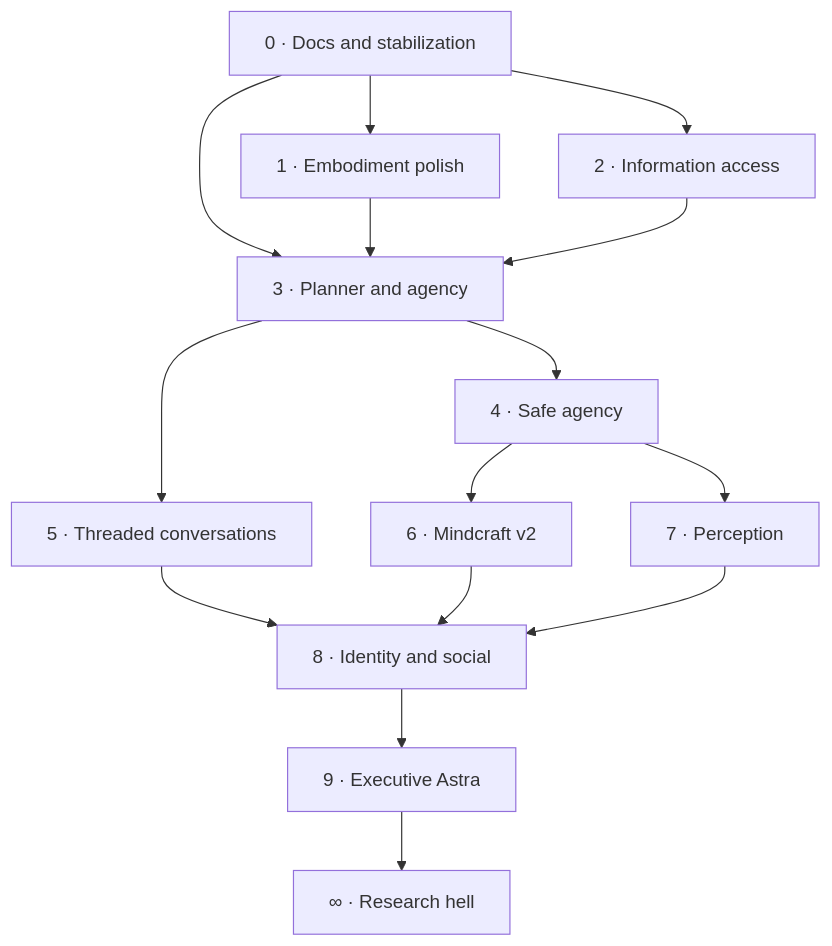
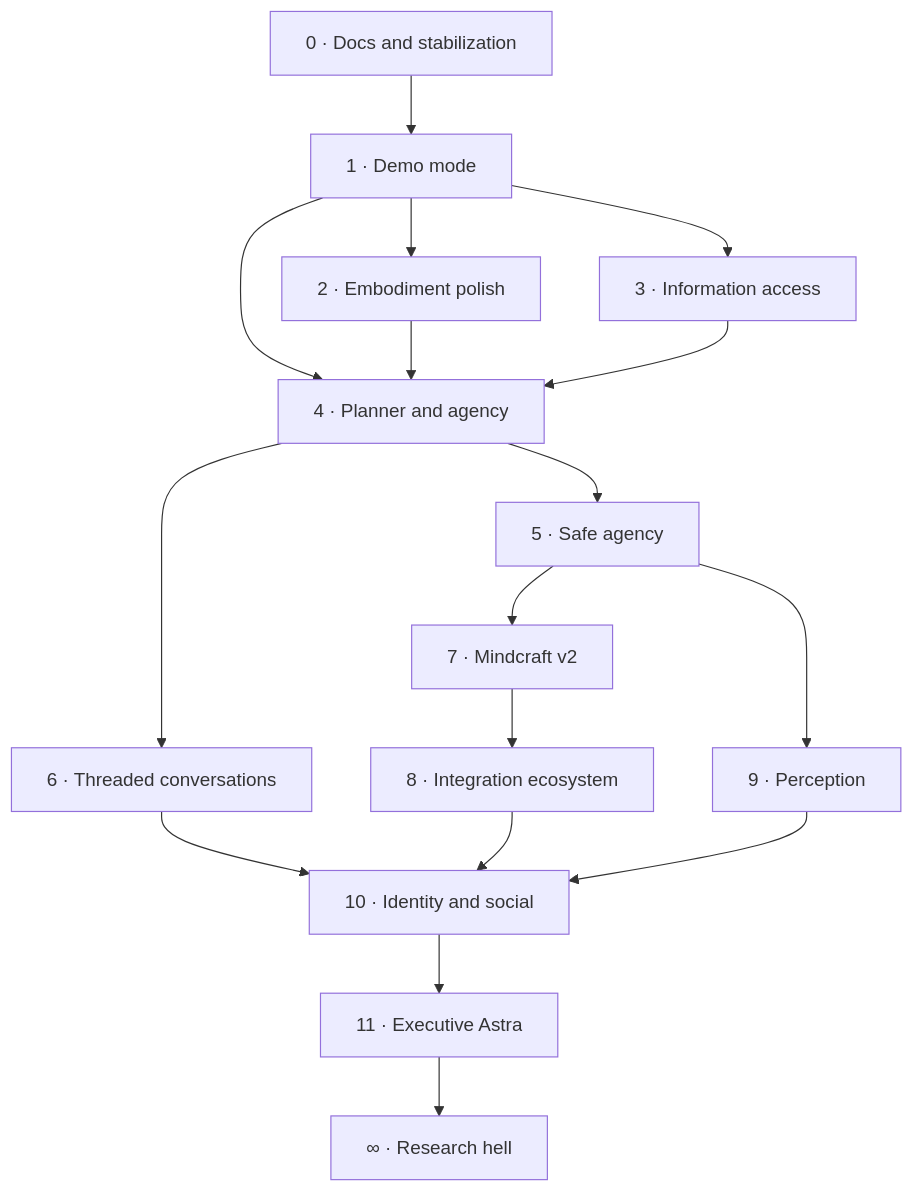
The first of 2 diagrams in docs/roadmap.md (danielmarek22/local_ai_assistant), drawn with Mermaid before and after one commit. The commit also changed other lines of this file and 6 other files, not shown here.

Commit message:
Extend the roadmap; Fix session IDs validation

````diff
--- a/docs/roadmap.md
+++ b/docs/roadmap.md
@@ -10,28 +10,32 @@
 ```mermaid
 flowchart TD
     M0[0 · Docs and stabilization]
-    M1[1 · Embodiment polish]
-    M2[2 · Information access]
-    M3[3 · Planner and agency]
-    M4[4 · Safe agency]
-    M5[5 · Threaded conversations]
-    M6[6 · Mindcraft v2]
-    M7[7 · Perception]
-    M8[8 · Identity and social]
-    M9[9 · Executive Astra]
+    M1[1 · Demo mode]
+    M2[2 · Embodiment polish]
+    M3[3 · Information access]
+    M4[4 · Planner and agency]
+    M5[5 · Safe agency]
+    M6[6 · Threaded conversations]
+    M7[7 · Mindcraft v2]
+    M8[8 · Integration ecosystem]
+    M9[9 · Perception]
+    M10[10 · Identity and social]
+    M11[11 · Executive Astra]
     R[∞ · Research hell]
 
     M0 --> M1
-    M0 --> M2
-    M0 --> M3
+    M1 --> M2
     M1 --> M3
-    M2 --> M3
+    M1 --> M4
+    M2 --> M4
     M3 --> M4
-    M3 --> M5
+    M4 --> M5
     M4 --> M6
-    M4 --> M7
-    M5 --> M8
-    M6 --> M8
+    M5 --> M7
+    M5 --> M9
+    M6 --> M10
     M7 --> M8
-    M8 --> M9 --> R
+    M8 --> M10
+    M9 --> M10
+    M10 --> M11 --> R
 ```
````
